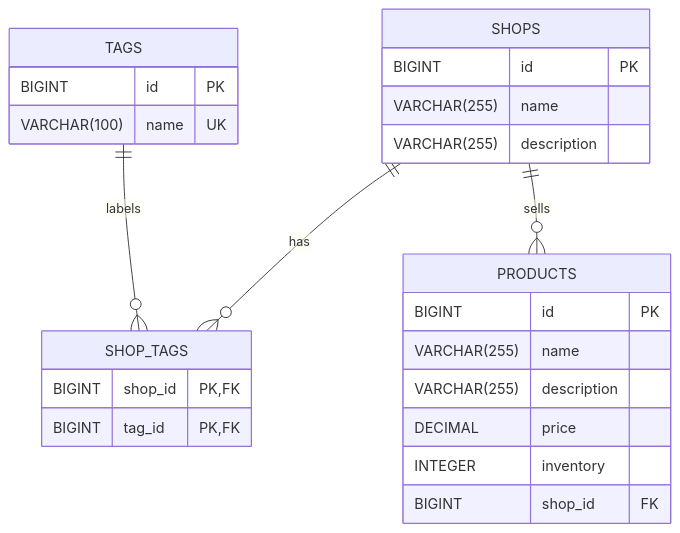
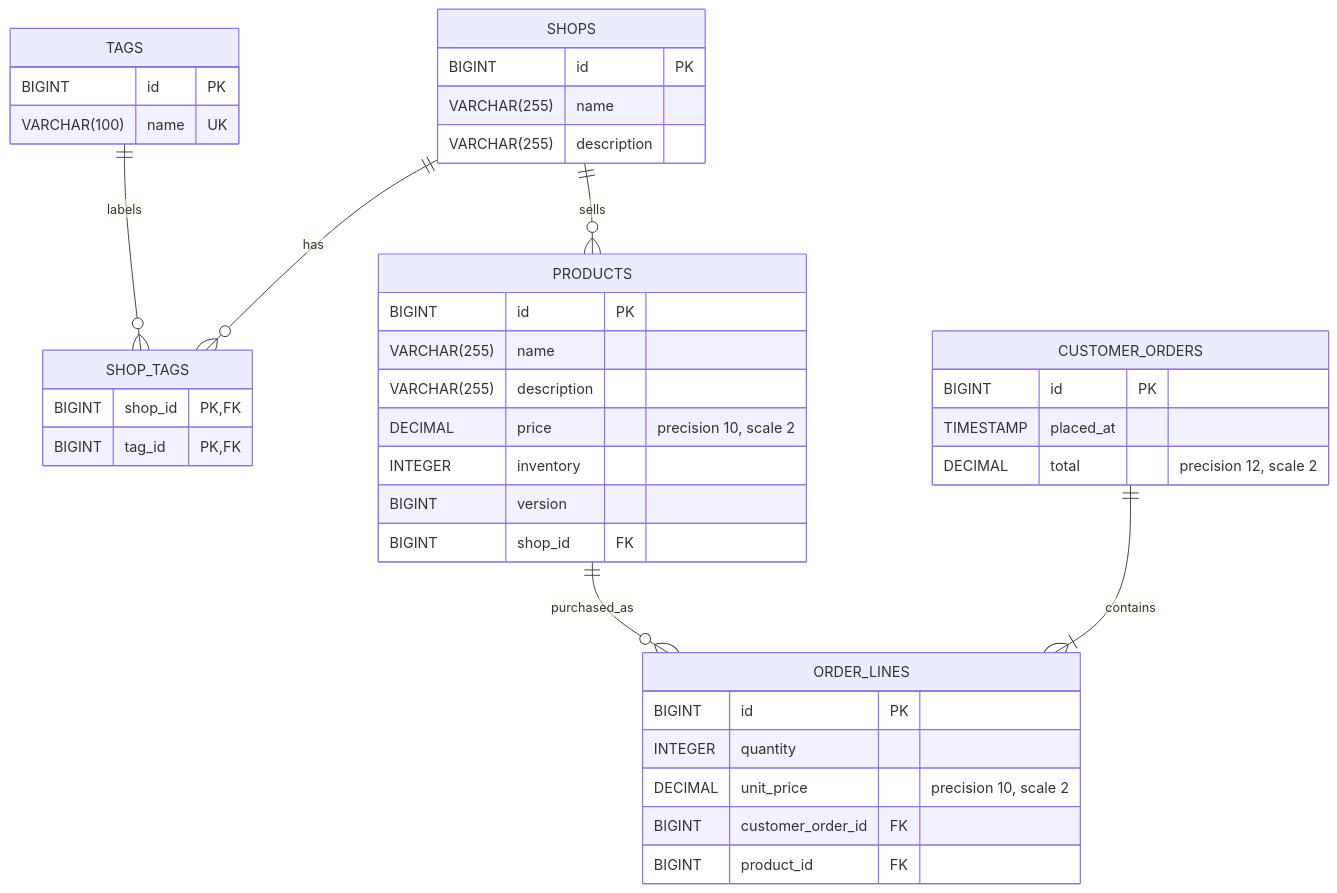
The second of 2 diagrams in README.md (JacobA31/Mini-Shopify), drawn with Mermaid before and after one commit. The commit also changed other lines of this file and 4 other files, not shown here.

````diff
--- a/README.md
+++ b/README.md
@@ -122,28 +135,43 @@
 ```mermaid
 erDiagram
     SHOPS {
         BIGINT id PK
         VARCHAR(255) name
         VARCHAR(255) description
     }
     TAGS {
         BIGINT id PK
         VARCHAR(100) name UK
     }
     SHOP_TAGS {
         BIGINT shop_id PK, FK
         BIGINT tag_id PK, FK
     }
-    PRODUCTS{
+    PRODUCTS {
         BIGINT id PK
         VARCHAR(255) name
         VARCHAR(255) description
-        DECIMAL price
+        DECIMAL price "precision 10, scale 2"
         INTEGER inventory
+        BIGINT version
         BIGINT shop_id FK
+    }
+    CUSTOMER_ORDERS {
+        BIGINT id PK
+        TIMESTAMP placed_at
+        DECIMAL total "precision 12, scale 2"
+    }
+    ORDER_LINES {
+        BIGINT id PK
+        INTEGER quantity
+        DECIMAL unit_price "precision 10, scale 2"
+        BIGINT customer_order_id FK
+        BIGINT product_id FK
     }
 
     SHOPS ||--o{ SHOP_TAGS : has
     TAGS ||--o{ SHOP_TAGS : labels
     SHOPS ||--o{ PRODUCTS : sells
+    CUSTOMER_ORDERS ||--|{ ORDER_LINES : contains
+    PRODUCTS ||--o{ ORDER_LINES : purchased_as
 ```
````
